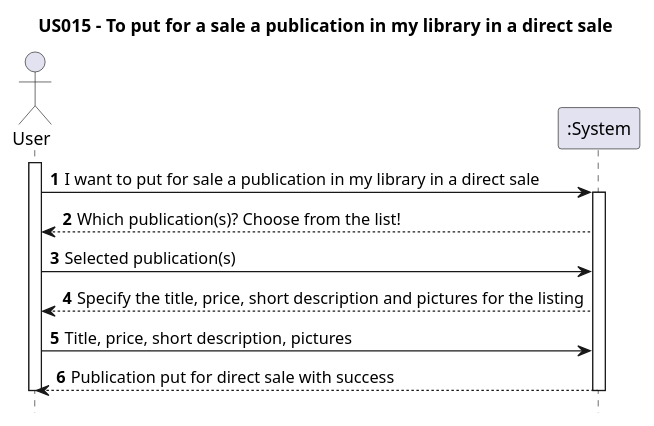
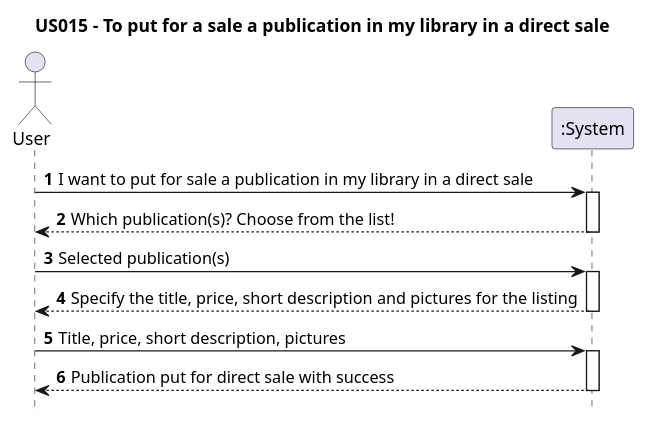
Before and after one commit to AndrePereiraGitH/SWitCH-Project-Team_A: the diagram in Diagrams/SequenceDiagrams/N1/US015-to-put-for-a-sale-a-publication-in-my-library-in-a-direct-sale.puml, drawn with PlantUML. The commit also changed 13 other files, not shown here.

```diff
--- a/Diagrams/SequenceDiagrams/N1/US015-to-put-for-a-sale-a-publication-in-my-library-in-a-direct-sale.puml
+++ b/Diagrams/SequenceDiagrams/N1/US015-to-put-for-a-sale-a-publication-in-my-library-in-a-direct-sale.puml
@@ -1,22 +1,23 @@
 @startuml
 
 autonumber
 hide footbox
 title US015 - To put for a sale a publication in my library in a direct sale
 
 actor "User" as User
 participant ":System" as System
 
-activate User
+User -> System : I want to put for sale a publication in my library in a direct sale
+activate System
+System --> User : Which publication(s)? Choose from the list!
+deactivate System
+User -> System : Selected publication(s)
+activate System
+System --> User : Specify the title, price, short description and pictures for the listing
+deactivate System
+User -> System : Title, price, short description, pictures
+activate System
+System --> User : Publication put for direct sale with success
+deactivate System
 
-   User -> System : I want to put for sale a publication in my library in a direct sale
-   activate System
-   System --> User : Which publication(s)? Choose from the list!
-   User -> System : Selected publication(s)
-   System --> User : Specify the title, price, short description and pictures for the listing
-   User -> System : Title, price, short description, pictures
-   System --> User : Publication put for direct sale with success
-   deactivate System
-
-deactivate User
 @enduml
```
